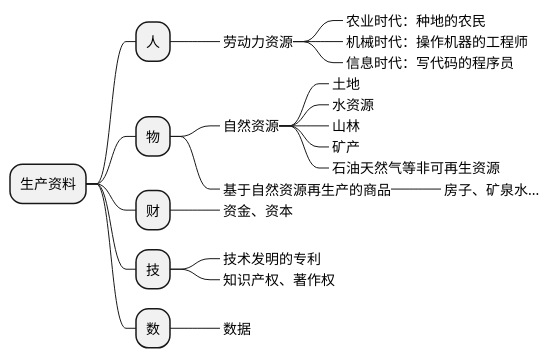
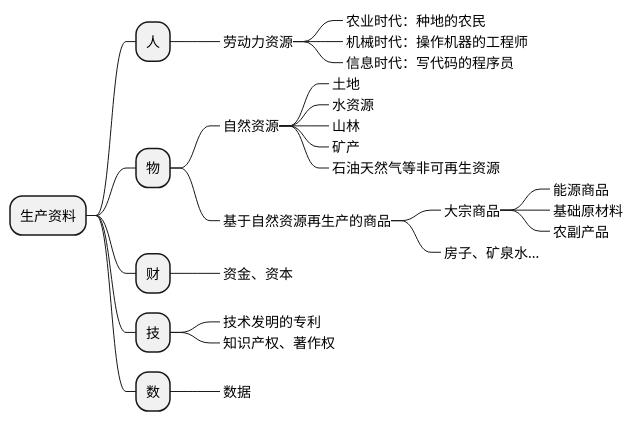
The diagram in source/_posts/economic/social-and-tax.md (holmofy/blog.hufeifei.cn), drawn with PlantUML before and after one commit.

Commit message:
更新 social-and-tax.md

````diff
--- a/source/_posts/economic/social-and-tax.md
+++ b/source/_posts/economic/social-and-tax.md
@@ -67,26 +67,30 @@
 ```plantuml
 @startmindmap
 + 生产资料
 ++ 人
 +++_ 劳动力资源
 ++++_ 农业时代：种地的农民
 ++++_ 机械时代：操作机器的工程师
 ++++_ 信息时代：写代码的程序员
 ++ 物
 +++_ 自然资源
 ++++_ 土地
 ++++_ 水资源
 ++++_ 山林
 ++++_ 矿产
 ++++_ 石油天然气等非可再生资源
 +++_ 基于自然资源再生产的商品
+++++_ 大宗商品
++++++_ 能源商品
++++++_ 基础原材料
++++++_ 农副产品
 ++++_ 房子、矿泉水...
 ++ 财
 +++_ 资金、资本
 ++ 技
 +++_ 技术发明的专利
 +++_ 知识产权、著作权
 ++ 数
 +++_ 数据
 @endmindmap
 ```
````
